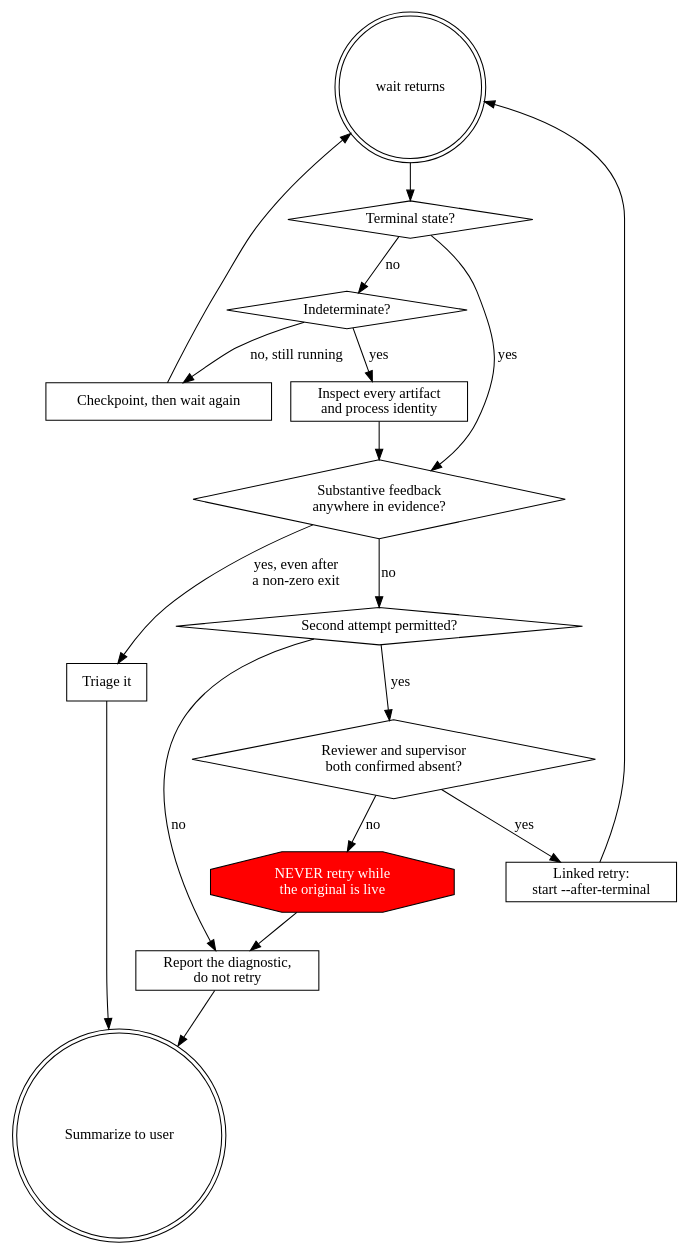
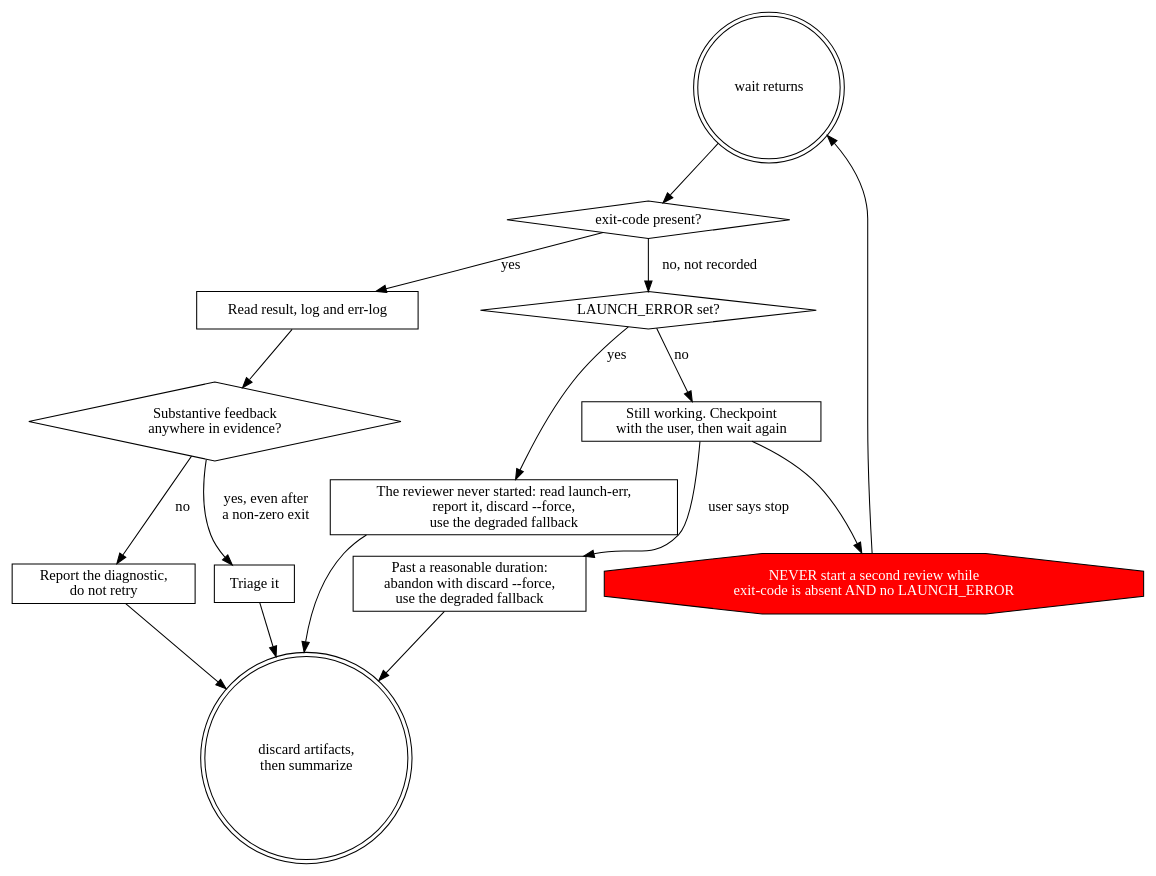
Before and after one commit to andybrandt/superartes: the diagram in skills/external-review/SKILL.md, drawn with Graphviz. The commit also changed other lines of this file and 2 other files, not shown here.

First line of the commit message:
Route the Claude Code controller through the background runner

````diff
--- a/skills/external-review/SKILL.md
+++ b/skills/external-review/SKILL.md
@@ -82,35 +157,32 @@
 ```dot
 digraph completion {
     "wait returns" [shape=doublecircle];
-    "Terminal state?" [shape=diamond];
-    "Indeterminate?" [shape=diamond];
-    "Checkpoint, then wait again" [shape=box];
-    "Inspect every artifact\nand process identity" [shape=box];
+    "exit-code present?" [shape=diamond];
+    "LAUNCH_ERROR set?" [shape=diamond];
+    "The reviewer never started: read launch-err,\nreport it, discard --force,\nuse the degraded fallback" [shape=box];
+    "Still working. Checkpoint\nwith the user, then wait again" [shape=box];
+    "Past a reasonable duration:\nabandon with discard --force,\nuse the degraded fallback" [shape=box];
+    "Read result, log and err-log" [shape=box];
     "Substantive feedback\nanywhere in evidence?" [shape=diamond];
     "Triage it" [shape=box];
-    "Second attempt permitted?" [shape=diamond];
-    "Reviewer and supervisor\nboth confirmed absent?" [shape=diamond];
     "Report the diagnostic,\ndo not retry" [shape=box];
-    "NEVER retry while\nthe original is live" [shape=octagon, style=filled, fillcolor=red, fontcolor=white];
-    "Linked retry:\nstart --after-terminal" [shape=box];
-    "Summarize to user" [shape=doublecircle];
+    "NEVER start a second review while\nexit-code is absent AND no LAUNCH_ERROR" [shape=octagon, style=filled, fillcolor=red, fontcolor=white];
+    "discard artifacts,\nthen summarize" [shape=doublecircle];
 
-    "wait returns" -> "Terminal state?";
-    "Terminal state?" -> "Substantive feedback\nanywhere in evidence?" [label="yes"];
-    "Terminal state?" -> "Indeterminate?" [label="no"];
-    "Indeterminate?" -> "Checkpoint, then wait again" [label="no, still running"];
-    "Indeterminate?" -> "Inspect every artifact\nand process identity" [label="yes"];
-    "Checkpoint, then wait again" -> "wait returns";
-    "Inspect every artifact\nand process identity" -> "Substantive feedback\nanywhere in evidence?";
+    "wait returns" -> "exit-code present?";
+    "exit-code present?" -> "LAUNCH_ERROR set?" [label="no, not recorded"];
+    "LAUNCH_ERROR set?" -> "The reviewer never started: read launch-err,\nreport it, discard --force,\nuse the degraded fallback" [label="yes"];
+    "The reviewer never started: read launch-err,\nreport it, discard --force,\nuse the degraded fallback" -> "discard artifacts,\nthen summarize";
+    "LAUNCH_ERROR set?" -> "Still working. Checkpoint\nwith the user, then wait again" [label="no"];
+    "Still working. Checkpoint\nwith the user, then wait again" -> "NEVER start a second review while\nexit-code is absent AND no LAUNCH_ERROR";
+    "Still working. Checkpoint\nwith the user, then wait again" -> "Past a reasonable duration:\nabandon with discard --force,\nuse the degraded fallback" [label="user says stop"];
+    "Past a reasonable duration:\nabandon with discard --force,\nuse the degraded fallback" -> "discard artifacts,\nthen summarize";
+    "NEVER start a second review while\nexit-code is absent AND no LAUNCH_ERROR" -> "wait returns";
+    "exit-code present?" -> "Read result, log and err-log" [label="yes"];
+    "Read result, log and err-log" -> "Substantive feedback\nanywhere in evidence?";
     "Substantive feedback\nanywhere in evidence?" -> "Triage it" [label="yes, even after\na non-zero exit"];
-    "Substantive feedback\nanywhere in evidence?" -> "Second attempt permitted?" [label="no"];
-    "Second attempt permitted?" -> "Report the diagnostic,\ndo not retry" [label="no"];
-    "Second attempt permitted?" -> "Reviewer and supervisor\nboth confirmed absent?" [label="yes"];
-    "Reviewer and supervisor\nboth confirmed absent?" -> "NEVER retry while\nthe original is live" [label="no"];
-    "NEVER retry while\nthe original is live" -> "Report the diagnostic,\ndo not retry";
-    "Reviewer and supervisor\nboth confirmed absent?" -> "Linked retry:\nstart --after-terminal" [label="yes"];
-    "Linked retry:\nstart --after-terminal" -> "wait returns";
-    "Triage it" -> "Summarize to user";
-    "Report the diagnostic,\ndo not retry" -> "Summarize to user";
+    "Substantive feedback\nanywhere in evidence?" -> "Report the diagnostic,\ndo not retry" [label="no"];
+    "Triage it" -> "discard artifacts,\nthen summarize";
+    "Report the diagnostic,\ndo not retry" -> "discard artifacts,\nthen summarize";
 }
 ```
````
